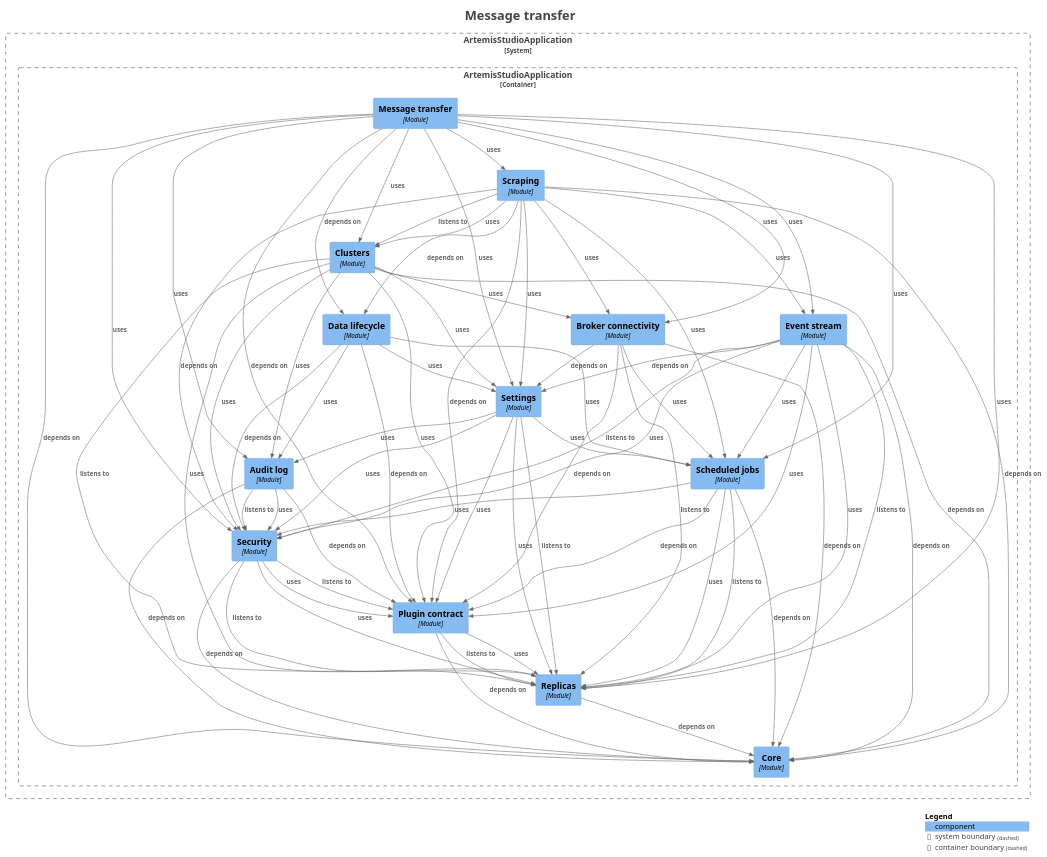
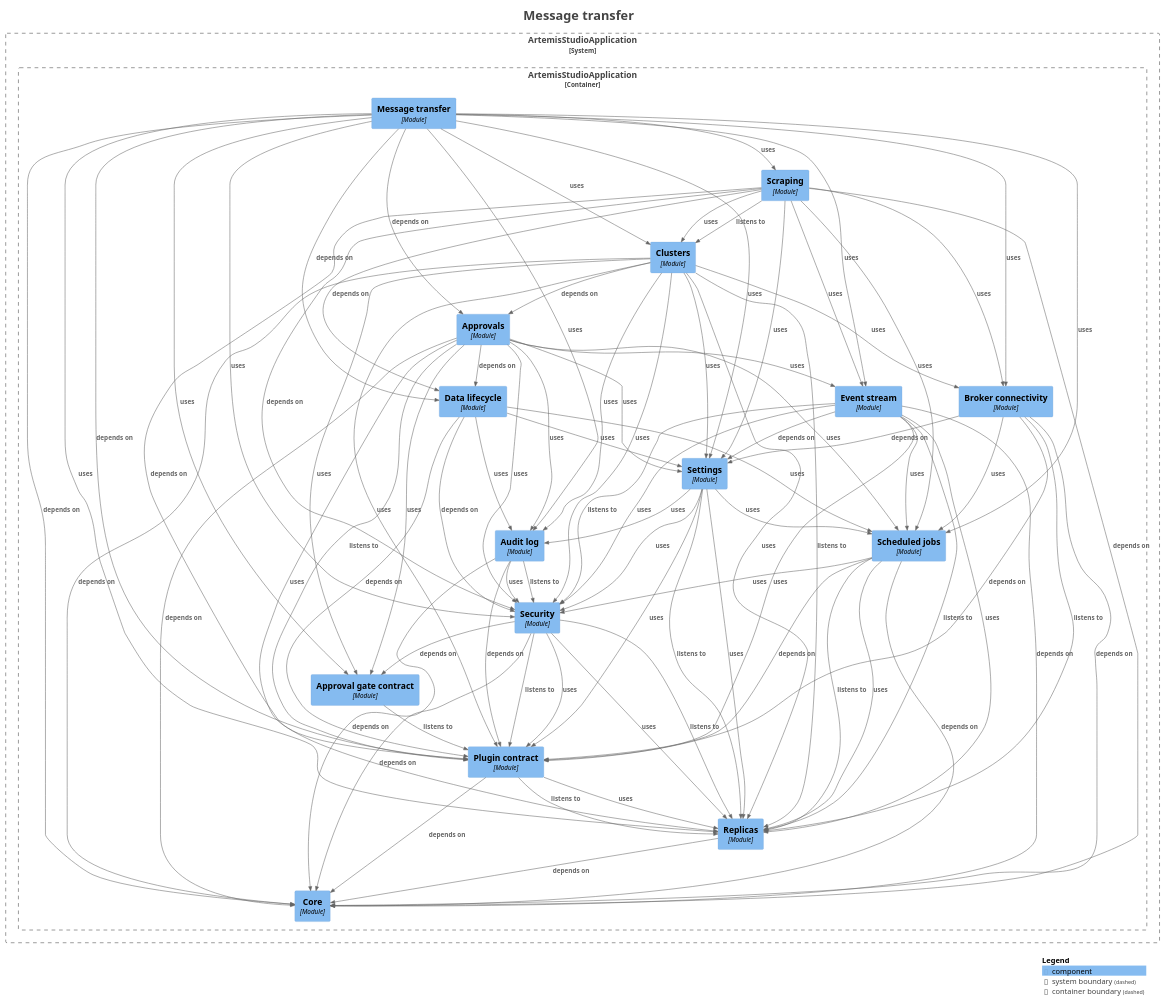
The diagram in docs/modules/module-feature.transfer.puml (sudoitir/artemis-studio), drawn with PlantUML before and after one commit. The commit also changed 12 other files, not shown here.

Commit message:
docs(modules): regenerate the module diagrams for the gated operations

```diff
--- a/docs/modules/module-feature.transfer.puml
+++ b/docs/modules/module-feature.transfer.puml
@@ -17,6 +17,8 @@
 
 System_Boundary("ArtemisStudioApplication_boundary", "ArtemisStudioApplication", $tags="") {
   Container_Boundary("ArtemisStudioApplication.ArtemisStudioApplication_boundary", "ArtemisStudioApplication", $tags="") {
+    Component(ArtemisStudioApplication.ArtemisStudioApplication.Approvalgatecontract, "Approval gate contract", $techn="Module", $descr="", $tags="", $link="")
+    Component(ArtemisStudioApplication.ArtemisStudioApplication.Approvals, "Approvals", $techn="Module", $descr="", $tags="", $link="")
     Component(ArtemisStudioApplication.ArtemisStudioApplication.Auditlog, "Audit log", $techn="Module", $descr="", $tags="", $link="")
     Component(ArtemisStudioApplication.ArtemisStudioApplication.Brokerconnectivity, "Broker connectivity", $techn="Module", $descr="", $tags="", $link="")
     Component(ArtemisStudioApplication.ArtemisStudioApplication.Clusters, "Clusters", $techn="Module", $descr="", $tags="", $link="")
@@ -34,6 +36,17 @@
 
 }
 
+Rel(ArtemisStudioApplication.ArtemisStudioApplication.Approvalgatecontract, ArtemisStudioApplication.ArtemisStudioApplication.Plugincontract, "listens to", $techn="", $tags="", $link="")
+Rel(ArtemisStudioApplication.ArtemisStudioApplication.Approvals, ArtemisStudioApplication.ArtemisStudioApplication.Approvalgatecontract, "uses", $techn="", $tags="", $link="")
+Rel(ArtemisStudioApplication.ArtemisStudioApplication.Approvals, ArtemisStudioApplication.ArtemisStudioApplication.Auditlog, "uses", $techn="", $tags="", $link="")
+Rel(ArtemisStudioApplication.ArtemisStudioApplication.Approvals, ArtemisStudioApplication.ArtemisStudioApplication.Core, "depends on", $techn="", $tags="", $link="")
+Rel(ArtemisStudioApplication.ArtemisStudioApplication.Approvals, ArtemisStudioApplication.ArtemisStudioApplication.Datalifecycle, "depends on", $techn="", $tags="", $link="")
+Rel(ArtemisStudioApplication.ArtemisStudioApplication.Approvals, ArtemisStudioApplication.ArtemisStudioApplication.Eventstream, "uses", $techn="", $tags="", $link="")
+Rel(ArtemisStudioApplication.ArtemisStudioApplication.Approvals, ArtemisStudioApplication.ArtemisStudioApplication.Plugincontract, "listens to", $techn="", $tags="", $link="")
+Rel(ArtemisStudioApplication.ArtemisStudioApplication.Approvals, ArtemisStudioApplication.ArtemisStudioApplication.Replicas, "uses", $techn="", $tags="", $link="")
+Rel(ArtemisStudioApplication.ArtemisStudioApplication.Approvals, ArtemisStudioApplication.ArtemisStudioApplication.Scheduledjobs, "uses", $techn="", $tags="", $link="")
+Rel(ArtemisStudioApplication.ArtemisStudioApplication.Approvals, ArtemisStudioApplication.ArtemisStudioApplication.Security, "uses", $techn="", $tags="", $link="")
+Rel(ArtemisStudioApplication.ArtemisStudioApplication.Approvals, ArtemisStudioApplication.ArtemisStudioApplication.Settings, "uses", $techn="", $tags="", $link="")
 Rel(ArtemisStudioApplication.ArtemisStudioApplication.Auditlog, ArtemisStudioApplication.ArtemisStudioApplication.Core, "depends on", $techn="", $tags="", $link="")
 Rel(ArtemisStudioApplication.ArtemisStudioApplication.Auditlog, ArtemisStudioApplication.ArtemisStudioApplication.Plugincontract, "depends on", $techn="", $tags="", $link="")
 Rel(ArtemisStudioApplication.ArtemisStudioApplication.Auditlog, ArtemisStudioApplication.ArtemisStudioApplication.Security, "listens to", $techn="", $tags="", $link="")
@@ -43,6 +56,8 @@
 Rel(ArtemisStudioApplication.ArtemisStudioApplication.Brokerconnectivity, ArtemisStudioApplication.ArtemisStudioApplication.Replicas, "listens to", $techn="", $tags="", $link="")
 Rel(ArtemisStudioApplication.ArtemisStudioApplication.Brokerconnectivity, ArtemisStudioApplication.ArtemisStudioApplication.Scheduledjobs, "uses", $techn="", $tags="", $link="")
 Rel(ArtemisStudioApplication.ArtemisStudioApplication.Brokerconnectivity, ArtemisStudioApplication.ArtemisStudioApplication.Settings, "depends on", $techn="", $tags="", $link="")
+Rel(ArtemisStudioApplication.ArtemisStudioApplication.Clusters, ArtemisStudioApplication.ArtemisStudioApplication.Approvalgatecontract, "uses", $techn="", $tags="", $link="")
+Rel(ArtemisStudioApplication.ArtemisStudioApplication.Clusters, ArtemisStudioApplication.ArtemisStudioApplication.Approvals, "depends on", $techn="", $tags="", $link="")
 Rel(ArtemisStudioApplication.ArtemisStudioApplication.Clusters, ArtemisStudioApplication.ArtemisStudioApplication.Auditlog, "uses", $techn="", $tags="", $link="")
 Rel(ArtemisStudioApplication.ArtemisStudioApplication.Clusters, ArtemisStudioApplication.ArtemisStudioApplication.Brokerconnectivity, "uses", $techn="", $tags="", $link="")
 Rel(ArtemisStudioApplication.ArtemisStudioApplication.Clusters, ArtemisStudioApplication.ArtemisStudioApplication.Core, "depends on", $techn="", $tags="", $link="")
@@ -64,6 +79,8 @@
 Rel(ArtemisStudioApplication.ArtemisStudioApplication.Eventstream, ArtemisStudioApplication.ArtemisStudioApplication.Security, "listens to", $techn="", $tags="", $link="")
 Rel(ArtemisStudioApplication.ArtemisStudioApplication.Eventstream, ArtemisStudioApplication.ArtemisStudioApplication.Security, "uses", $techn="", $tags="", $link="")
 Rel(ArtemisStudioApplication.ArtemisStudioApplication.Eventstream, ArtemisStudioApplication.ArtemisStudioApplication.Settings, "depends on", $techn="", $tags="", $link="")
+Rel(ArtemisStudioApplication.ArtemisStudioApplication.Messagetransfer, ArtemisStudioApplication.ArtemisStudioApplication.Approvalgatecontract, "uses", $techn="", $tags="", $link="")
+Rel(ArtemisStudioApplication.ArtemisStudioApplication.Messagetransfer, ArtemisStudioApplication.ArtemisStudioApplication.Approvals, "depends on", $techn="", $tags="", $link="")
 Rel(ArtemisStudioApplication.ArtemisStudioApplication.Messagetransfer, ArtemisStudioApplication.ArtemisStudioApplication.Auditlog, "uses", $techn="", $tags="", $link="")
 Rel(ArtemisStudioApplication.ArtemisStudioApplication.Messagetransfer, ArtemisStudioApplication.ArtemisStudioApplication.Brokerconnectivity, "uses", $techn="", $tags="", $link="")
 Rel(ArtemisStudioApplication.ArtemisStudioApplication.Messagetransfer, ArtemisStudioApplication.ArtemisStudioApplication.Clusters, "uses", $techn="", $tags="", $link="")
@@ -95,6 +112,7 @@
 Rel(ArtemisStudioApplication.ArtemisStudioApplication.Scraping, ArtemisStudioApplication.ArtemisStudioApplication.Scheduledjobs, "uses", $techn="", $tags="", $link="")
 Rel(ArtemisStudioApplication.ArtemisStudioApplication.Scraping, ArtemisStudioApplication.ArtemisStudioApplication.Security, "depends on", $techn="", $tags="", $link="")
 Rel(ArtemisStudioApplication.ArtemisStudioApplication.Scraping, ArtemisStudioApplication.ArtemisStudioApplication.Settings, "uses", $techn="", $tags="", $link="")
+Rel(ArtemisStudioApplication.ArtemisStudioApplication.Security, ArtemisStudioApplication.ArtemisStudioApplication.Approvalgatecontract, "depends on", $techn="", $tags="", $link="")
 Rel(ArtemisStudioApplication.ArtemisStudioApplication.Security, ArtemisStudioApplication.ArtemisStudioApplication.Core, "depends on", $techn="", $tags="", $link="")
 Rel(ArtemisStudioApplication.ArtemisStudioApplication.Security, ArtemisStudioApplication.ArtemisStudioApplication.Plugincontract, "listens to", $techn="", $tags="", $link="")
 Rel(ArtemisStudioApplication.ArtemisStudioApplication.Security, ArtemisStudioApplication.ArtemisStudioApplication.Plugincontract, "uses", $techn="", $tags="", $link="")
```
